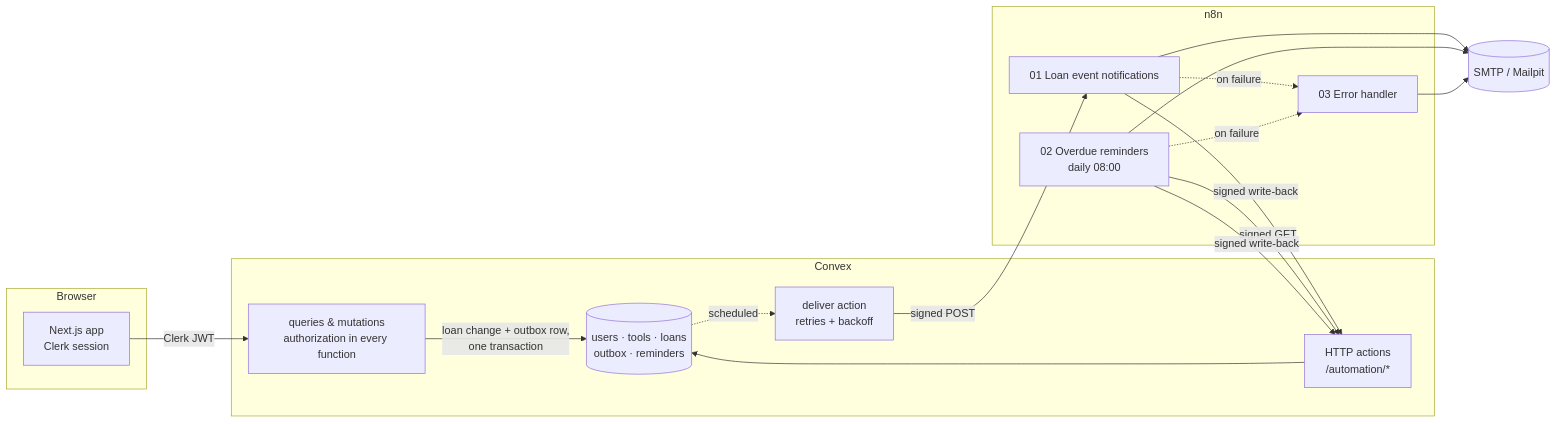
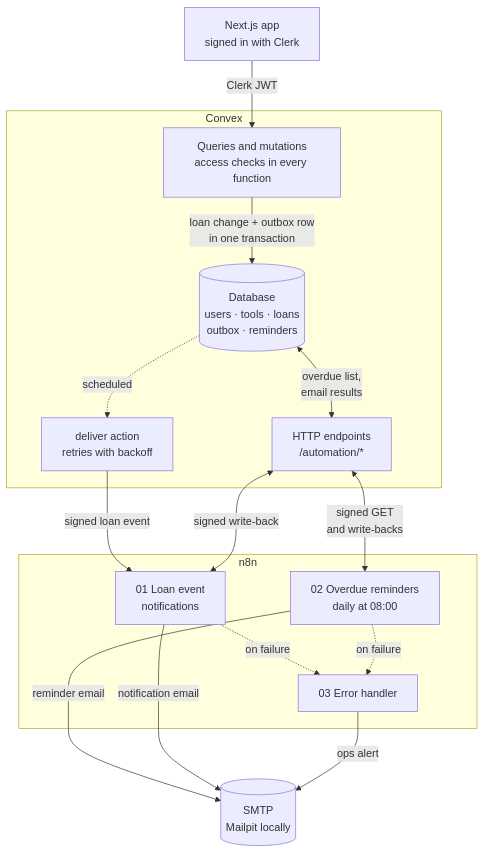
The first of 2 diagrams in README.md (turalicmm/LendLoop), drawn with Mermaid before and after one commit.

Commit message:
docs: make the architecture diagram readable on GitHub

````diff
--- a/README.md
+++ b/README.md
@@ -232,30 +232,32 @@
 ```mermaid
-flowchart LR
-  subgraph Browser
-    UI[Next.js app<br/>Clerk session]
+flowchart TB
+  UI["Next.js app<br/>signed in with Clerk"]
+
+  subgraph convex ["Convex"]
+    F["Queries and mutations<br/>access checks in every function"]
+    DB[("Database<br/>users · tools · loans<br/>outbox · reminders")]
+    A["deliver action<br/>retries with backoff"]
+    H["HTTP endpoints<br/>/automation/*"]
+    F -->|"loan change + outbox row<br/>in one transaction"| DB
+    DB -.->|"scheduled"| A
+    DB <-->|"overdue list,<br/>email results"| H
   end
-  subgraph Convex
-    F[queries & mutations<br/>authorization in every function]
-    DB[(users · tools · loans<br/>outbox · reminders)]
-    A[deliver action<br/>retries + backoff]
-    H[HTTP actions<br/>/automation/*]
+
+  subgraph n8n ["n8n"]
+    W1["01 Loan event<br/>notifications"]
+    W2["02 Overdue reminders<br/>daily at 08:00"]
+    W3["03 Error handler"]
+    W1 -.->|"on failure"| W3
+    W2 -.->|"on failure"| W3
   end
-  subgraph n8n
-    W1[01 Loan event notifications]
-    W2[02 Overdue reminders<br/>daily 08:00]
-    W3[03 Error handler]
-  end
-  M[(SMTP / Mailpit)]
 
-  UI -- Clerk JWT --> F
-  F -- loan change + outbox row,<br/>one transaction --> DB
-  DB -. scheduled .-> A
-  A -- signed POST --> W1
-  W1 --> M
-  W1 -- signed write-back --> H
-  W2 -- signed GET --> H
-  W2 --> M
-  W2 -- signed write-back --> H
-  H --> DB
-  W1 & W2 -. on failure .-> W3 --> M
+  M[("SMTP<br/>Mailpit locally")]
+
+  UI -->|"Clerk JWT"| F
+  A -->|"signed loan event"| W1
+  H <-->|"signed GET<br/>and write-backs"| W2
+  H <-->|"signed write-back"| W1
+  W2 -->|"reminder email"| M
+  W1 -->|"notification email"| M
+  W3 -->|"ops alert"| M
 ```
````
